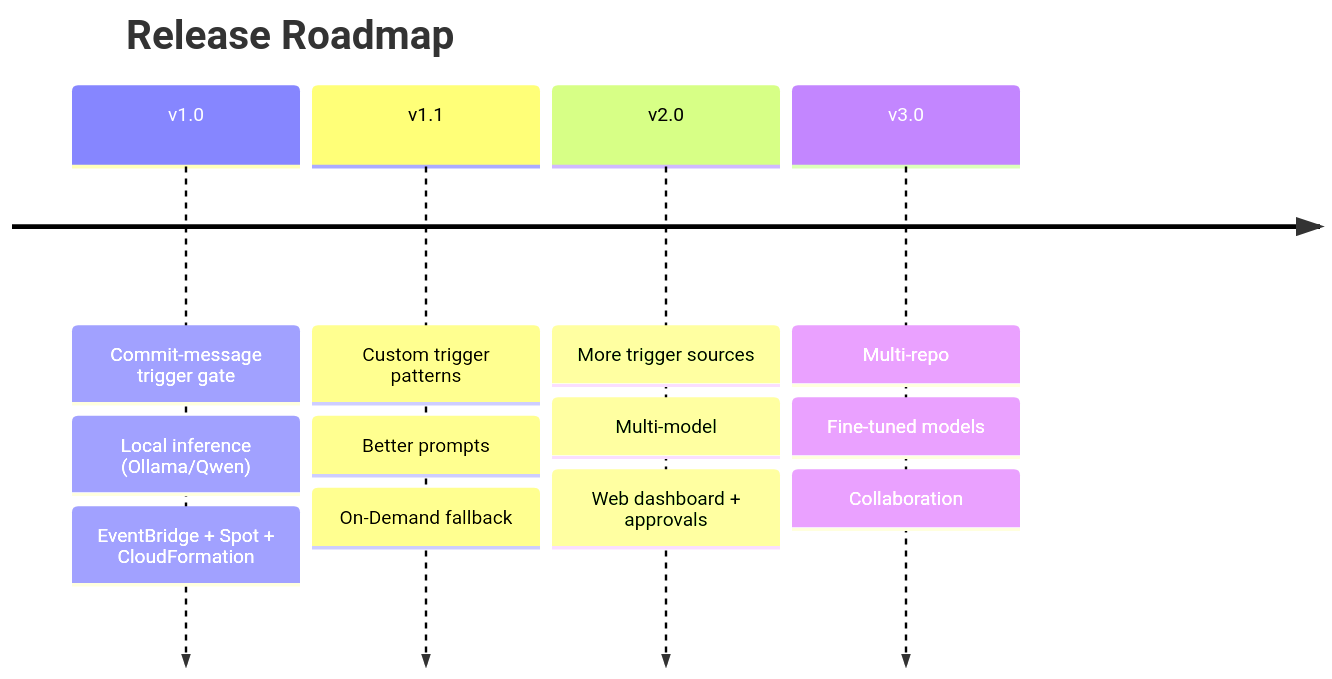
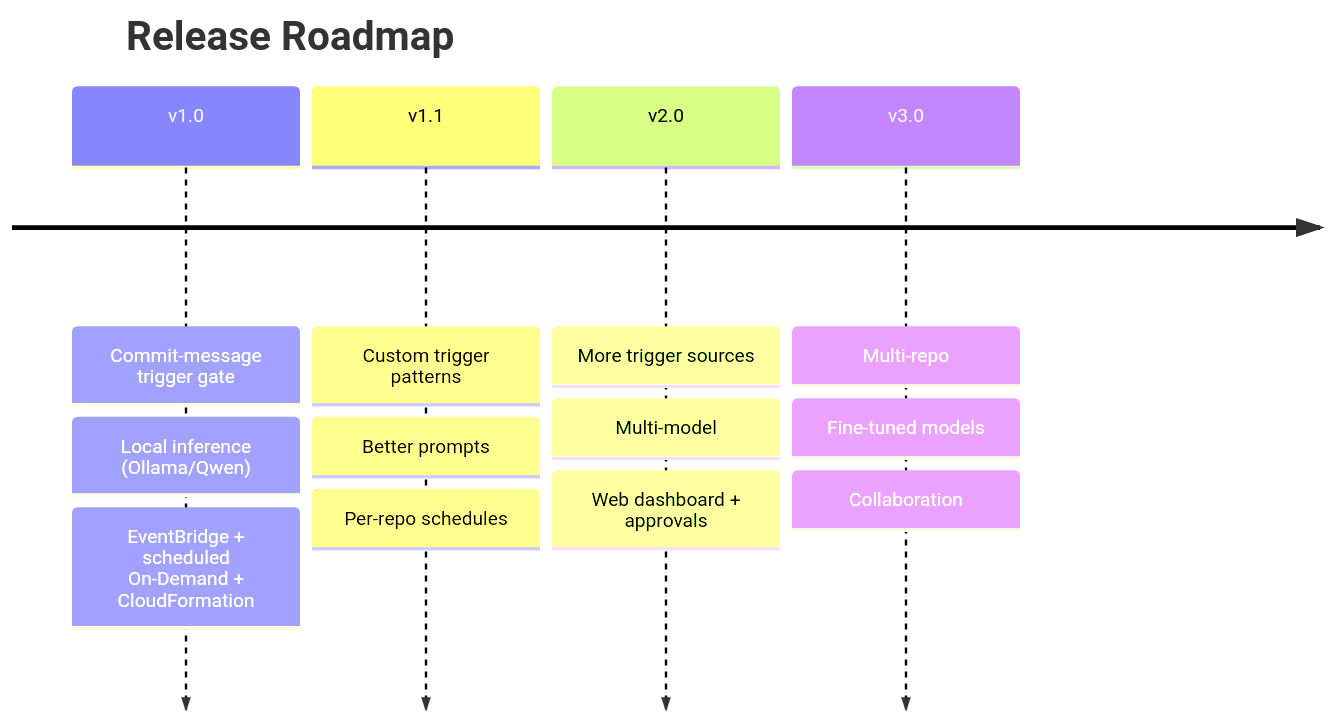
Before and after one commit to teddynted/ai-github-repository-blog-generator: the diagram in docs/roadmap.md, drawn with Mermaid. The commit also changed other lines of this file and 48 other files, not shown here.

````diff
--- a/docs/roadmap.md
+++ b/docs/roadmap.md
@@ -7,8 +7,8 @@
 ```mermaid
 timeline
     title Release Roadmap
-    v1.0 : Commit-message trigger gate : Local inference (Ollama/Qwen) : EventBridge + Spot + CloudFormation
-    v1.1 : Custom trigger patterns : Better prompts : On-Demand fallback
+    v1.0 : Commit-message trigger gate : Local inference (Ollama/Qwen) : EventBridge + scheduled On-Demand + CloudFormation
+    v1.1 : Custom trigger patterns : Better prompts : Per-repo schedules
     v2.0 : More trigger sources : Multi-model : Web dashboard + approvals
     v3.0 : Multi-repo : Fine-tuned models : Collaboration
 ```
````
